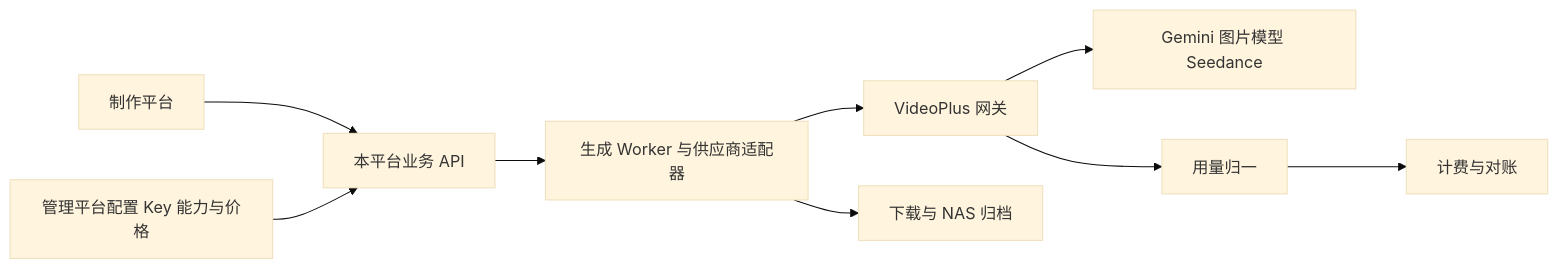
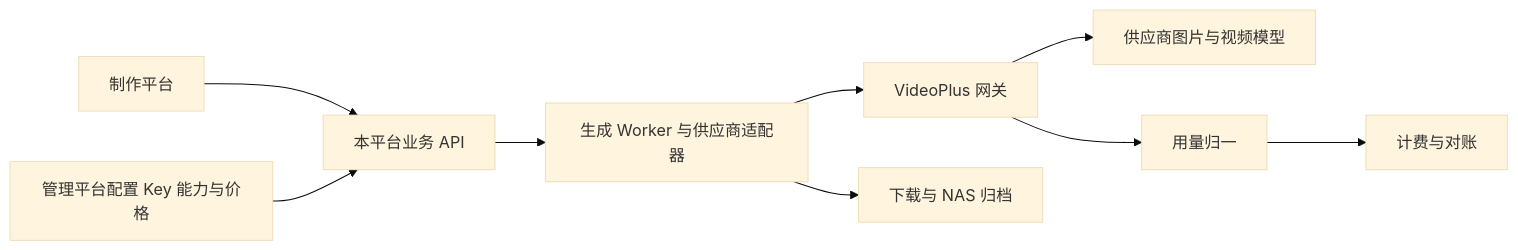
Before and after one commit to pleasureswx123/higgsfield: the first of 2 diagrams in docs/模型供应商接入契约与差异清单.md, drawn with Mermaid (base theme). The commit also changed other lines of this file and 1082 other files, not shown here.

````diff
--- a/docs/模型供应商接入契约与差异清单.md
+++ b/docs/模型供应商接入契约与差异清单.md
@@ -51,11 +53,11 @@
 ```mermaid
 flowchart LR
     S[制作平台] --> A[本平台业务 API]
     M[管理平台配置 Key 能力与价格] --> A
     A --> W[生成 Worker 与供应商适配器]
     W --> G[VideoPlus 网关]
-    G --> P[Gemini 图片模型 Seedance]
+    G --> P[供应商图片与视频模型]
     G --> U[用量归一]
     U --> B[计费与对账]
     W --> N[下载与 NAS 归档]
 ```
````
